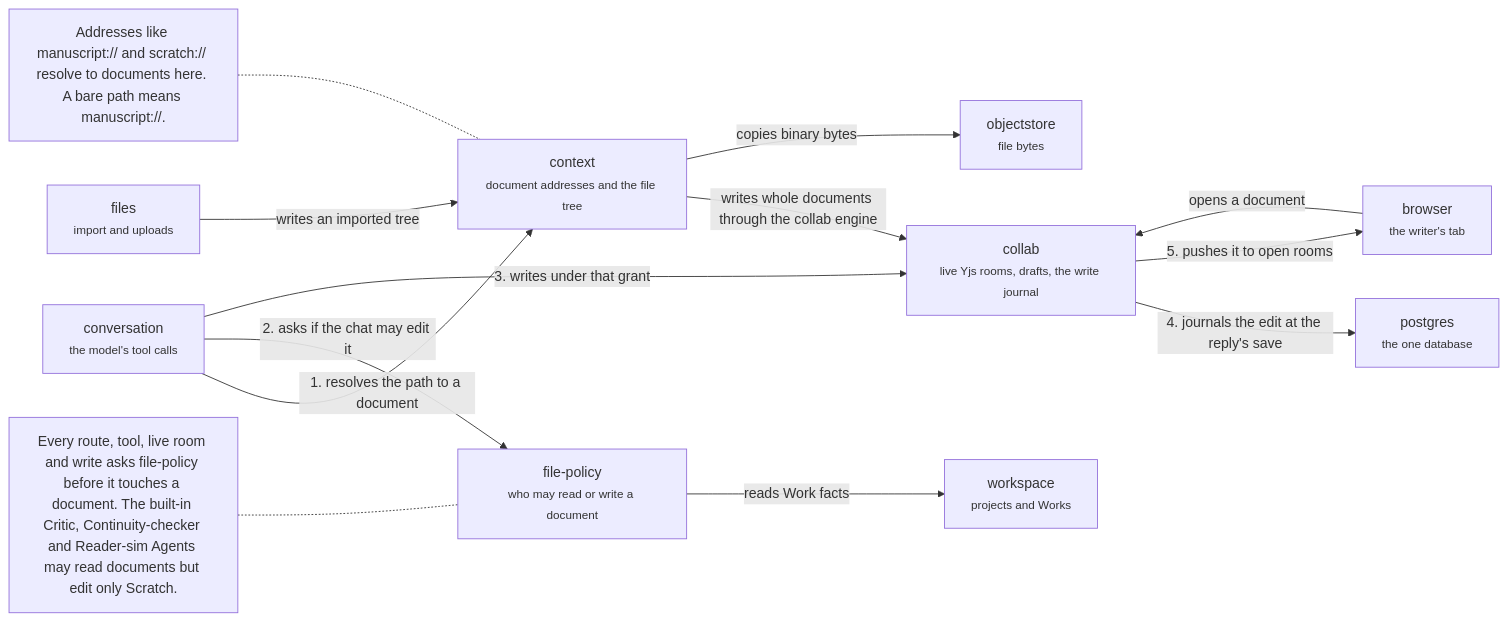
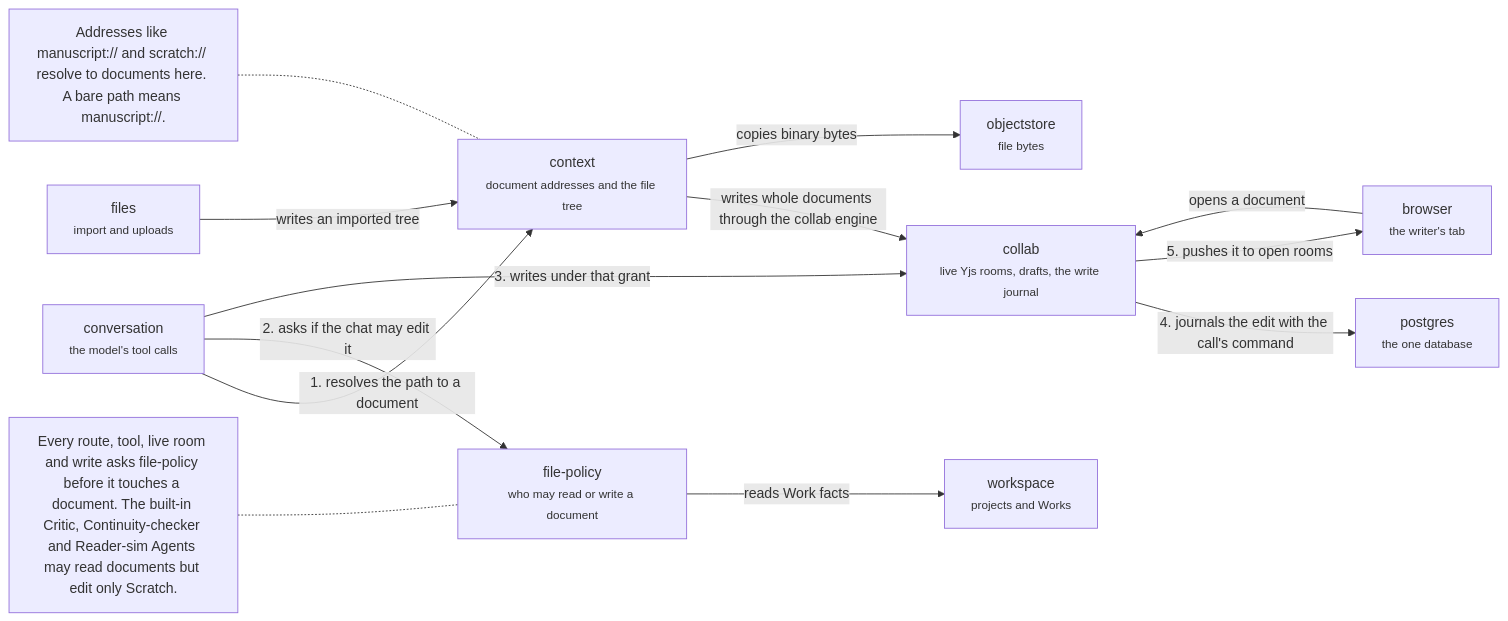
One commit to haowjy/meridian-flow changed the diagram in .context/system-architecture/server-documents.md. Above: the diagram before and after it, drawn with Mermaid. The commit also changed other lines of this file and 33 other files, not shown here.

Commit message:
Docs and test baselines for the held-write deletion; model-edit test harness over the command path

````diff
--- a/.context/system-architecture/server-documents.md
+++ b/.context/system-architecture/server-documents.md
@@ -5,26 +5,26 @@
 ```mermaid
 flowchart LR
   collab["collab<br/><small>live Yjs rooms, drafts, the write journal</small>"]:::domain
   context["context<br/><small>document addresses and the file tree</small>"]:::domain
   file-policy["file-policy<br/><small>who may read or write a document</small>"]:::domain
   conversation["conversation<br/><small>the model's tool calls</small>"]:::context
   workspace["workspace<br/><small>projects and Works</small>"]:::context
   files["files<br/><small>import and uploads</small>"]:::context
   browser["browser<br/><small>the writer's tab</small>"]:::context
   postgres["postgres<br/><small>the one database</small>"]:::context
   objectstore["objectstore<br/><small>file bytes</small>"]:::context
   conversation -->|"1. resolves the path to a document"| context
   conversation -->|"2. asks if the chat may edit it"| file-policy
   conversation -->|"3. writes under that grant"| collab
-  collab -->|"4. journals the edit at the reply's save"| postgres
+  collab -->|"4. journals the edit with the call's command"| postgres
   collab -->|"5. pushes it to open rooms"| browser
   browser -->|"opens a document"| collab
   file-policy -->|"reads Work facts"| workspace
   context -->|"writes whole documents through the collab engine"| collab
   files -->|"writes an imported tree"| context
   context -->|"copies binary bytes"| objectstore
   note1["Every route, tool, live room and write asks file-policy before it touches a document. The built-in Critic, Continuity-checker and Reader-sim Agents may read documents but edit only Scratch."]:::note
   note1 -.- file-policy
   note2["Addresses like manuscript:// and scratch:// resolve to documents here. A bare path means manuscript://."]:::note
   note2 -.- context
 ```
````
